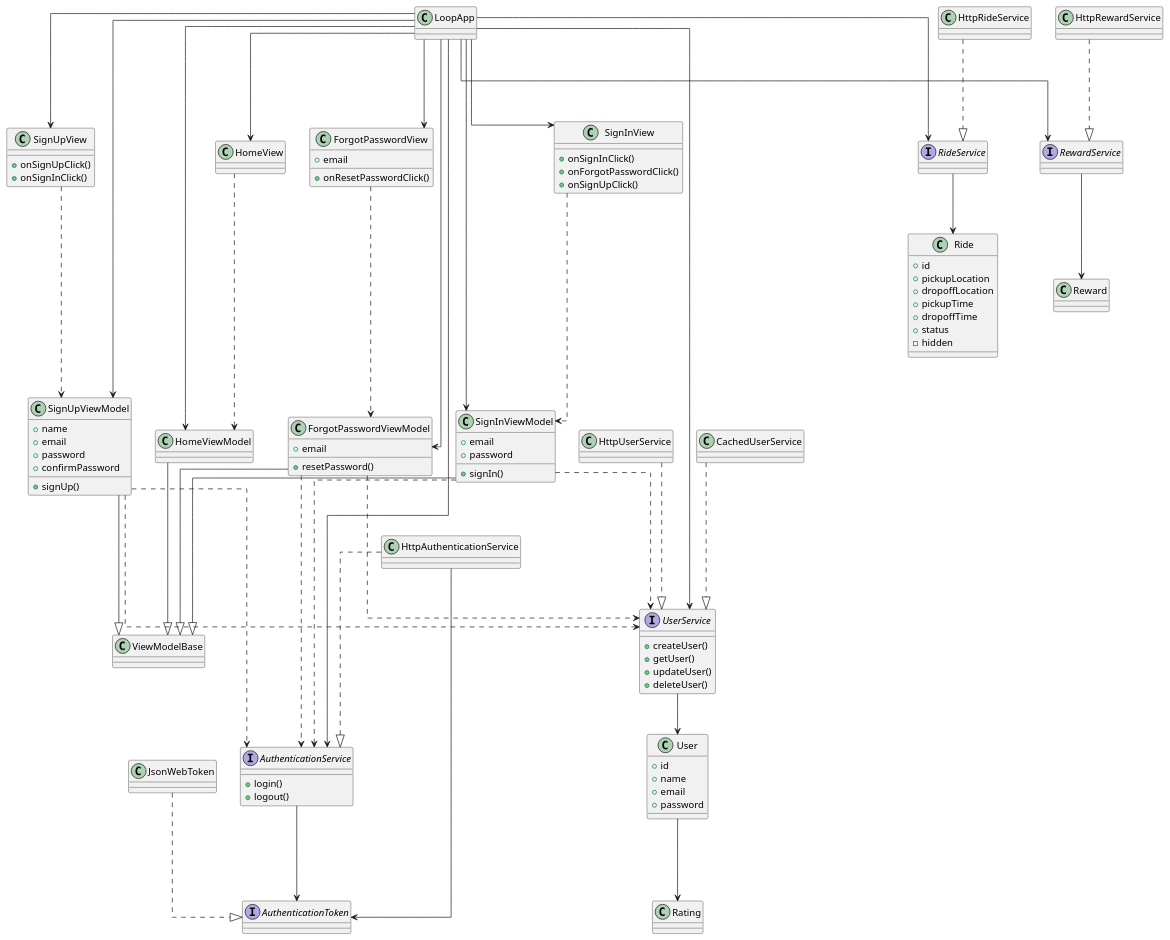
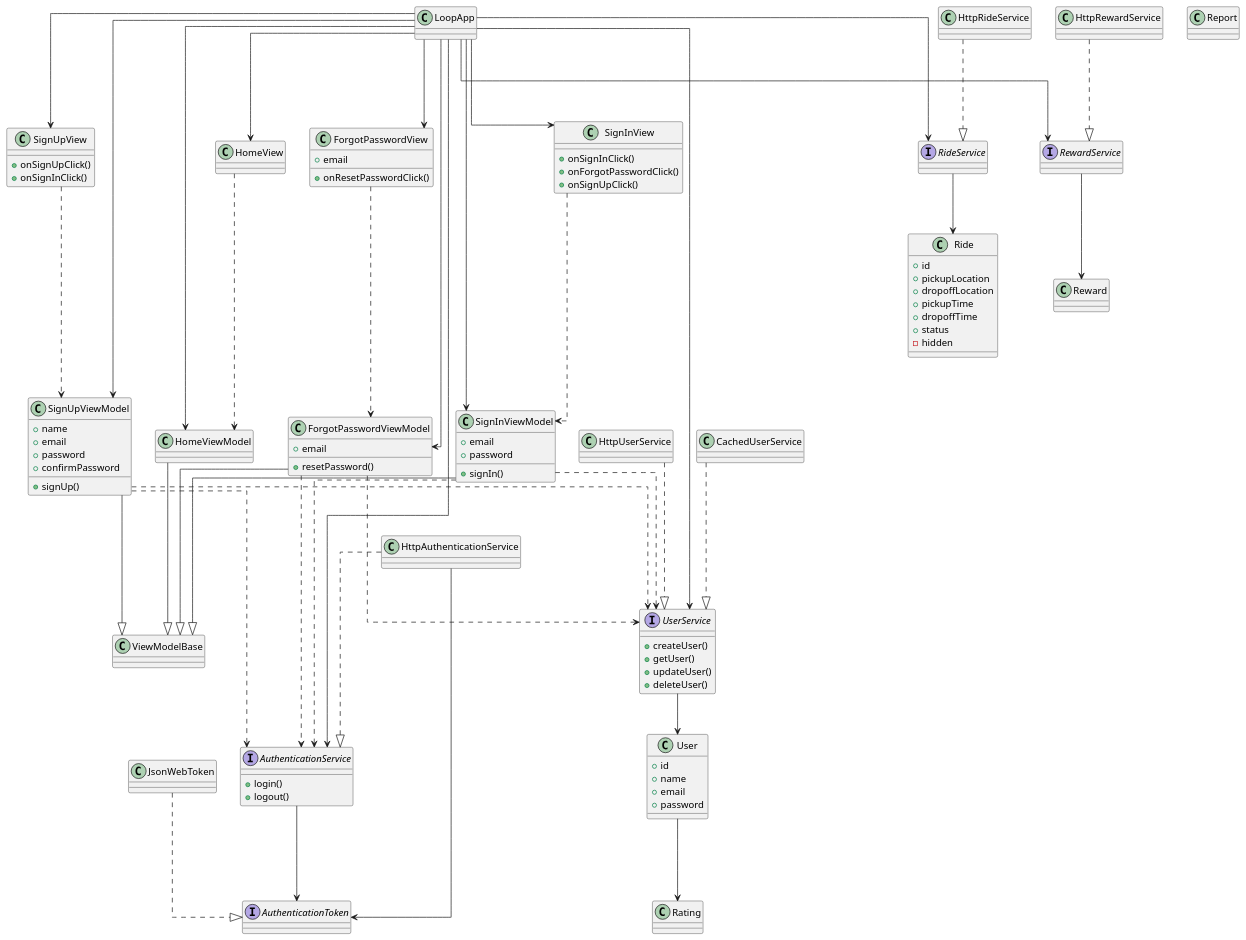
One commit to YannisRavasopoulos/ProjectSD_S6 changed the diagram in reports/class-diagram.plantuml. Above: the diagram before and after it, drawn with PlantUML. The commit also changed 1 other file, not shown here.

Commit message:
Cleanup class diagram

```diff
--- a/reports/class-diagram.plantuml
+++ b/reports/class-diagram.plantuml
@@ -1,168 +1,172 @@
 @startuml
 skinparam linetype ortho
 
 LoopApp ---> SignInView
 LoopApp ---> SignUpView
 LoopApp ---> ForgotPasswordView
 LoopApp ---> SignInViewModel
 LoopApp ---> SignUpViewModel
 LoopApp ---> ForgotPasswordViewModel
 LoopApp ---> HomeView
 LoopApp ---> HomeViewModel
 LoopApp ---> AuthenticationService
 LoopApp ---> UserService
 LoopApp ---> RideService
 LoopApp ---> RewardService
 
 JsonWebToken ...|> AuthenticationToken
 
 AuthenticationService ---> AuthenticationToken
 HttpAuthenticationService ---> AuthenticationToken
 UserService --> User
 RideService --> Ride
 RewardService --> Reward
 
 SignInViewModel ---|> ViewModelBase
 SignUpViewModel ---|> ViewModelBase
 ForgotPasswordViewModel ---|> ViewModelBase
 HomeViewModel ---|> ViewModelBase
 
 SignInView ...> SignInViewModel
 SignInViewModel ....> AuthenticationService
 SignInViewModel ..> UserService
 
 SignUpView ...> SignUpViewModel
 SignUpViewModel ...> AuthenticationService
 SignUpViewModel ...> UserService
 
 ForgotPasswordView ...> ForgotPasswordViewModel
 ForgotPasswordViewModel ...> AuthenticationService
 ForgotPasswordViewModel ...> UserService
 
 HomeView ...> HomeViewModel
 
 HttpUserService ...|> UserService
 CachedUserService ...|> UserService
 HttpAuthenticationService ...|> AuthenticationService
 HttpRideService ...|> RideService
 HttpRewardService ...|> RewardService
 
 User ---> Rating
 
 
 class LoopApp {
 
 }
 
 class ViewModelBase {
 
 }
 
 class RideService {
 
 }
 
 class SignInView {
     +onSignInClick()
     +onForgotPasswordClick()
     +onSignUpClick()
 }
 
 class SignInViewModel {
     +email
     +password
     +signIn()
 }
 
 class SignUpView {
     +onSignUpClick()
     +onSignInClick()
 }
 
 class SignUpViewModel {
     +name
     +email
     +password
     +confirmPassword
     +signUp()
 }
 
 class ForgotPasswordView {
     +email
     +onResetPasswordClick()
 }
 
 class ForgotPasswordViewModel {
     +email
     +resetPassword()
 }
 
 class HomeView {
 
 }
 
 class HomeViewModel {
 }
 
 interface AuthenticationService {
     +login()
     +logout()
 }
 
 interface UserService {
     +createUser()
     +getUser()
     +updateUser()
     +deleteUser()
 }
 
 interface AuthenticationToken {
 
 }
 
 class CachedUserService {
 }
 
 class JsonWebToken {
 }
 
 class HttpRideService {
 }
 
 class HttpRewardService {
 }
 
 interface RideService {
 
 }
 
 interface RewardService {
 }
 
 class Reward {
 
 }
 
 class Rating {
 
 }
 
+class Report {
+
+}
+
 class User {
     +id
     +name
     +email
     +password
 }
 
 class Ride {
     +id
     +pickupLocation
     +dropoffLocation
     +pickupTime
     +dropoffTime
     +status
     -hidden
 }
 
 
 @enduml
```
